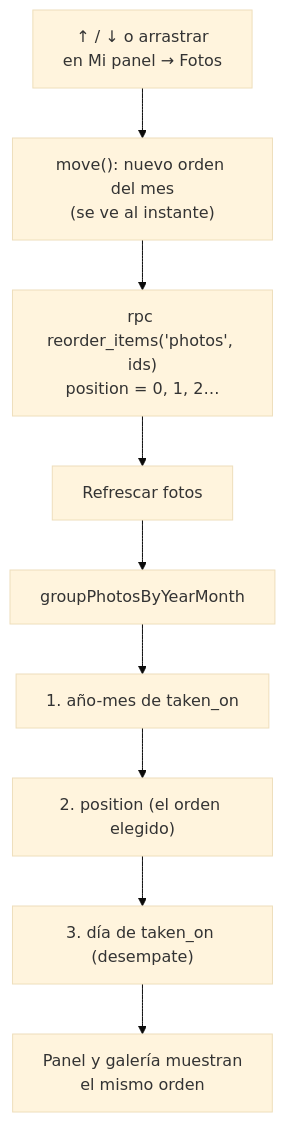
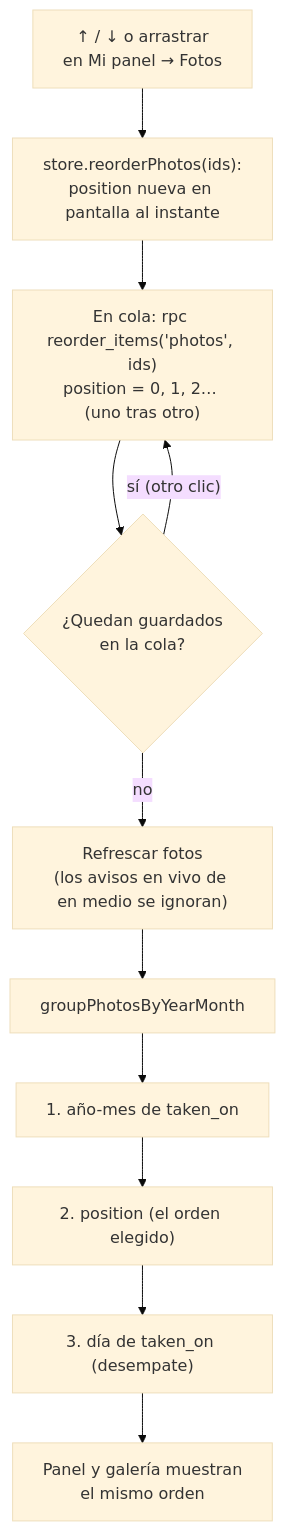
The eighth of 55 diagrams in docs/DIAGRAMAS.md (Juan-Carlos-Estevez-Vargas/Camila-Sanchez), drawn with Mermaid (base theme) before and after one commit. The commit also changed other lines of this file and 2 other files, not shown here.

Commit message:
docs: carga rápida de las fotos y orden en cola (diagramas, README y arquitectura)

````diff
--- a/docs/DIAGRAMAS.md
+++ b/docs/DIAGRAMAS.md
@@ -238,11 +244,13 @@
 ```mermaid
 flowchart TD
-  A["↑ / ↓ o arrastrar<br/>en Mi panel → Fotos"] --> B["move(): nuevo orden del mes<br/>(se ve al instante)"]
-  B --> C["rpc reorder_items('photos', ids)<br/>position = 0, 1, 2…"]
-  C --> D["Refrescar fotos"]
+  A["↑ / ↓ o arrastrar<br/>en Mi panel → Fotos"] --> B["store.reorderPhotos(ids):<br/>position nueva en pantalla al instante"]
+  B --> C["En cola: rpc reorder_items('photos', ids)<br/>position = 0, 1, 2… (uno tras otro)"]
+  C --> W{"¿Quedan guardados<br/>en la cola?"}
+  W -- "sí (otro clic)" --> C
+  W -- "no" --> D["Refrescar fotos<br/>(los avisos en vivo de en medio se ignoran)"]
   D --> E["groupPhotosByYearMonth"]
   E --> F["1. año-mes de taken_on"]
   F --> G["2. position (el orden elegido)"]
   G --> H["3. día de taken_on (desempate)"]
   H --> I["Panel y galería muestran<br/>el mismo orden"]
 ```
````
